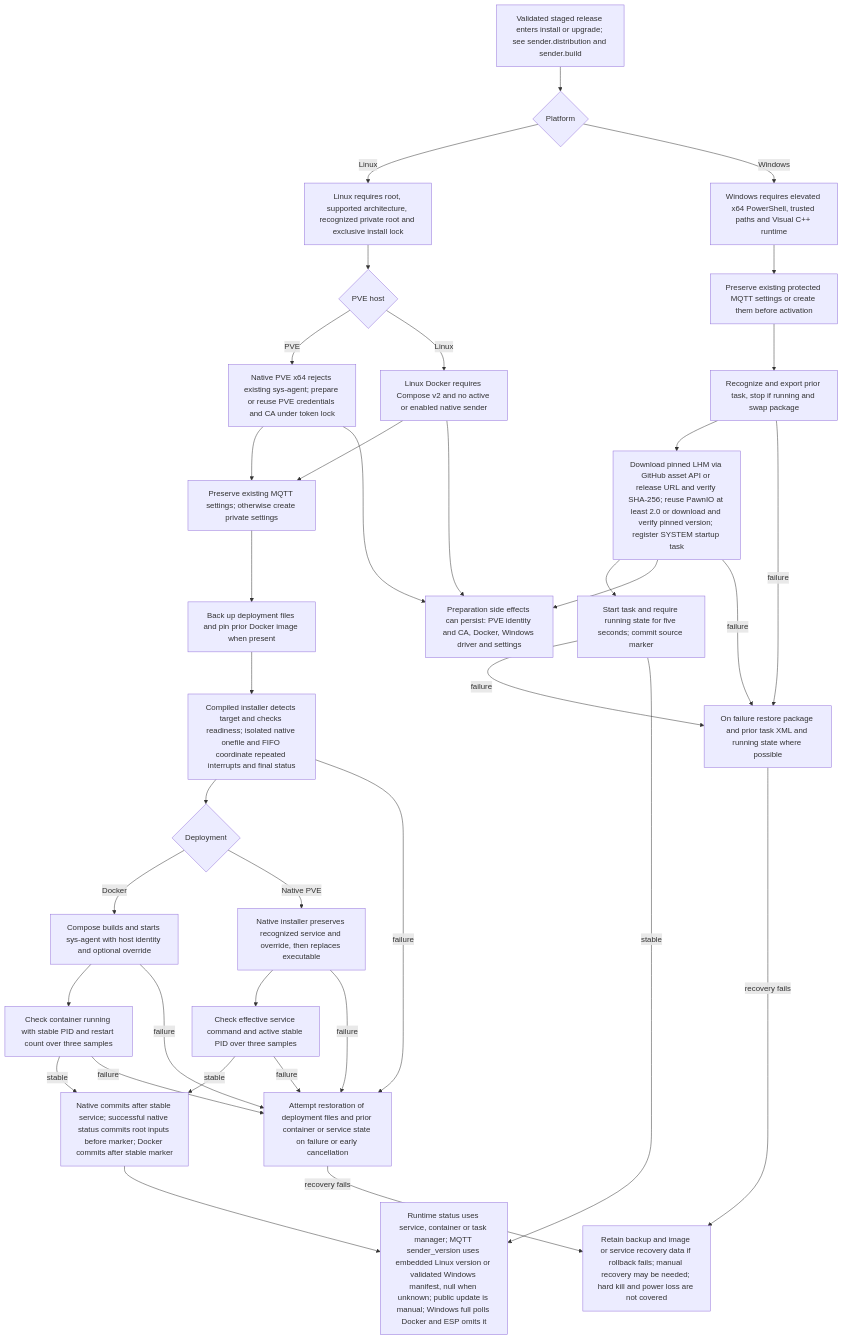
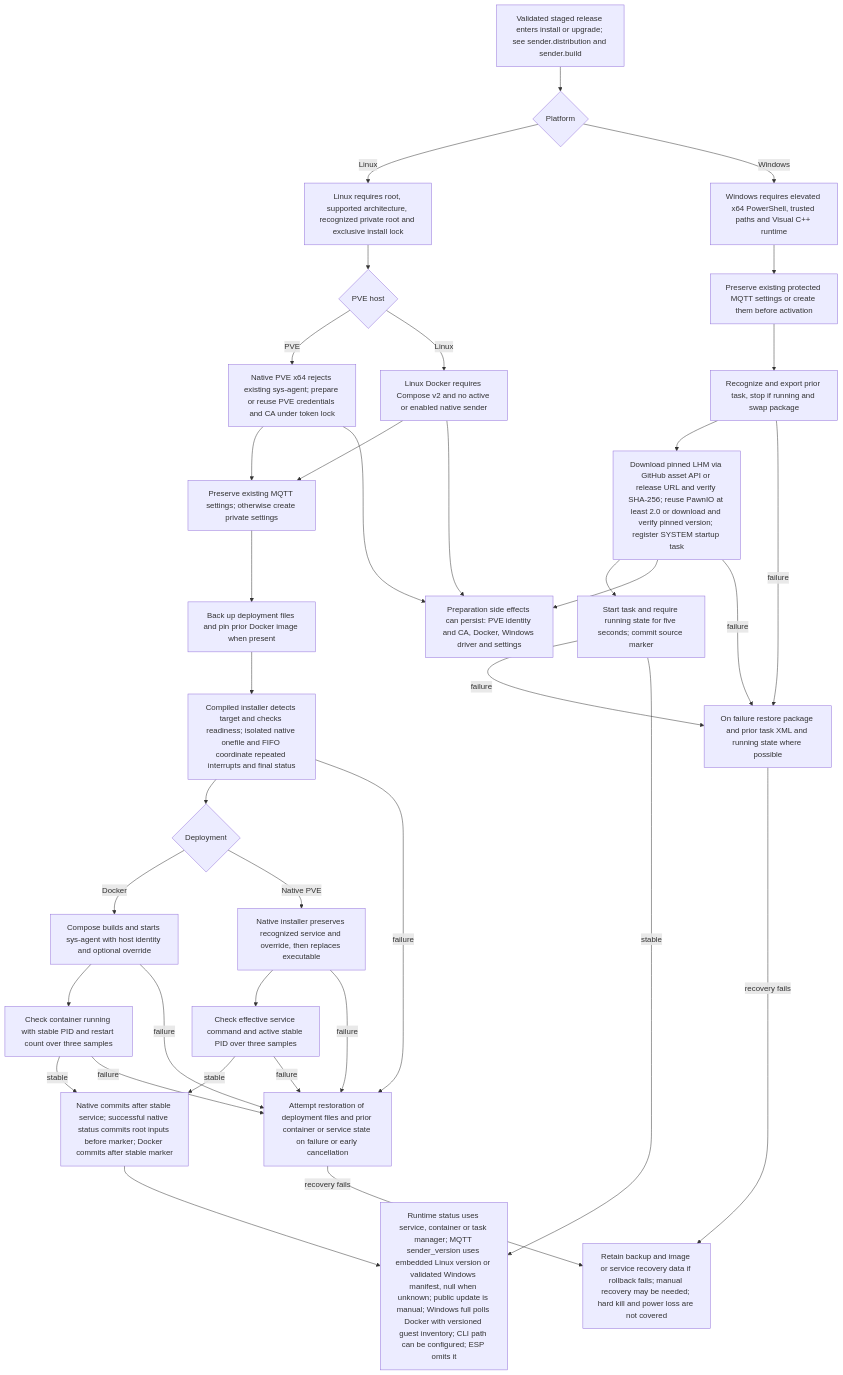
Before and after one commit to KarlSideProjects/JWJhome-agent: the diagram in docs/flows/sender.compiled-lifecycle.mmd, drawn with Mermaid. The commit also changed 8 other files, not shown here.

Commit message:
fix(windows): publish Docker inventory compatible with handhelds

```diff
--- a/docs/flows/sender.compiled-lifecycle.mmd
+++ b/docs/flows/sender.compiled-lifecycle.mmd
@@ -1,62 +1,62 @@
 flowchart TD
     A["Validated staged release enters install or upgrade; see sender.distribution and sender.build"]
     B{"Platform"}
     C["Linux requires root, supported architecture, recognized private root and exclusive install lock"]
     D{"PVE host"}
     E["Native PVE x64 rejects existing sys-agent; prepare or reuse PVE credentials and CA under token lock"]
     F["Linux Docker requires Compose v2 and no active or enabled native sender"]
     G["Preserve existing MQTT settings; otherwise create private settings"]
     H["Back up deployment files and pin prior Docker image when present"]
     I["Compiled installer detects target and checks readiness; isolated native onefile and FIFO coordinate repeated interrupts and final status"]
     J{"Deployment"}
     K["Compose builds and starts sys-agent with host identity and optional override"]
     L["Native installer preserves recognized service and override, then replaces executable"]
     M["Check container running with stable PID and restart count over three samples"]
     N["Check effective service command and active stable PID over three samples"]
     O["Native commits after stable service; successful native status commits root inputs before marker; Docker commits after stable marker"]
     P["Attempt restoration of deployment files and prior container or service state on failure or early cancellation"]
     Q["Retain backup and image or service recovery data if rollback fails; manual recovery may be needed; hard kill and power loss are not covered"]
     R["Windows requires elevated x64 PowerShell, trusted paths and Visual C++ runtime"]
     S["Preserve existing protected MQTT settings or create them before activation"]
     T["Recognize and export prior task, stop if running and swap package"]
     U["Download pinned LHM via GitHub asset API or release URL and verify SHA-256; reuse PawnIO at least 2.0 or download and verify pinned version; register SYSTEM startup task"]
     V["Start task and require running state for five seconds; commit source marker"]
     W["On failure restore package and prior task XML and running state where possible"]
     X["Preparation side effects can persist: PVE identity and CA, Docker, Windows driver and settings"]
-    Y["Runtime status uses service, container or task manager; MQTT sender_version uses embedded Linux version or validated Windows manifest, null when unknown; public update is manual; Windows full polls Docker and ESP omits it"]
+    Y["Runtime status uses service, container or task manager; MQTT sender_version uses embedded Linux version or validated Windows manifest, null when unknown; public update is manual; Windows full polls Docker with versioned guest inventory; CLI path can be configured; ESP omits it"]
     A --> B
     B -->|Linux| C
     B -->|Windows| R
     C --> D
     D -->|PVE| E
     D -->|Linux| F
     E --> G
     F --> G
     G --> H
     H --> I
     I --> J
     J -->|Docker| K
     J -->|Native PVE| L
     K --> M
     L --> N
     M -->|stable| O
     N -->|stable| O
     M -->|failure| P
     N -->|failure| P
     P -->|recovery fails| Q
     R --> S
     S --> T
     T --> U
     U --> V
     V -->|failure| W
     W -->|recovery fails| Q
     V -->|stable| Y
     O --> Y
     E --> X
     F --> X
     U --> X
     I -->|failure| P
     K -->|failure| P
     L -->|failure| P
     T -->|failure| W
     U -->|failure| W
```
